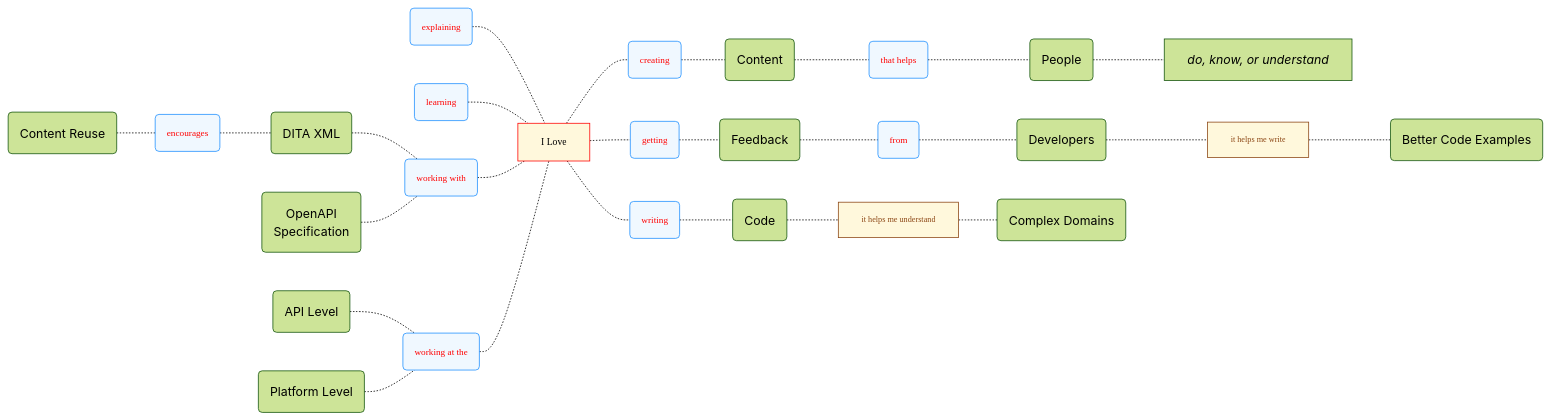
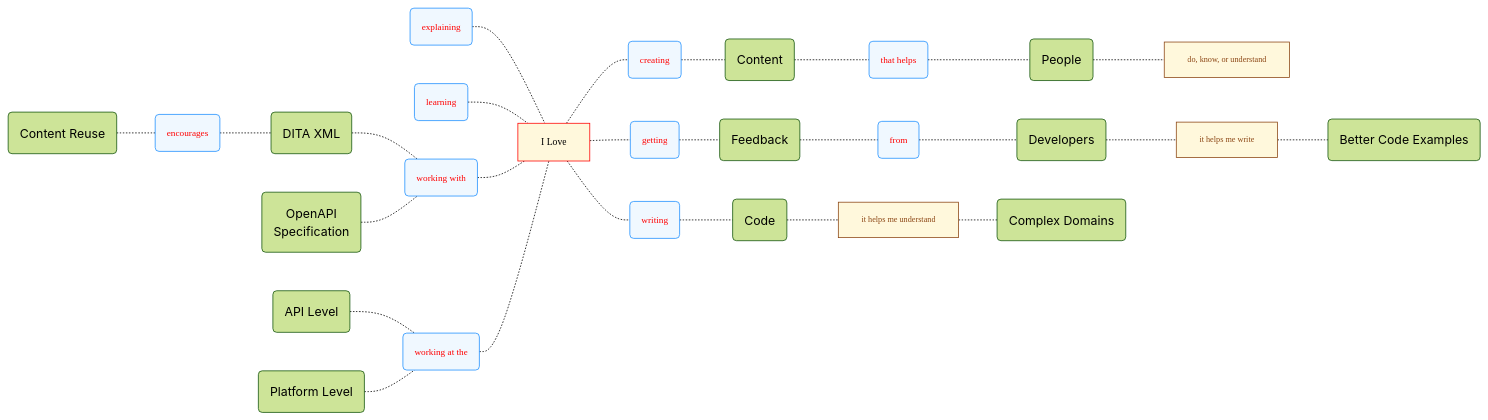
One commit to joe-dorward/samples changed the first of 2 diagrams in overview.md. Above: the diagram before and after it, drawn with Mermaid. The commit also changed other lines of this file, not shown here.

````diff
--- a/overview.md
+++ b/overview.md
@@ -1,80 +1,80 @@
 ```mermaid
 %%{init: { "theme":"forest"} }%%
 flowchart LR
   classDef Compact font-family:verdana, font-size:7.5pt, text-align:left;
   classDef Variables fill:white, stroke:white, font-family:courier new, font-size:10pt;
   classDef Object fill:white, stroke:white, font-family:verdana, font-size:9pt;
 
   classDef Start fill:cornsilk, stroke:red, font-family:verdana, font-size:9.5pt;
 
   classDef Verb fill:aliceblue, color:red, stroke:dodgerblue, font-family:verdana, font-size:9pt;
 
 I_LOVE["I Love"]:::Start
 
 CODE("Code")
 DITA_XML("DITA XML")
 BETTER_CODE_EXAMPLES("Better Code Examples")
 CONTENT("Content")
 CONTENT_REUSE("Content Reuse")
 DEVELOPERS("Developers")
 FEEDBACK("Feedback")
 OPEN_API_SPECIFICATION("OpenAPI<br/>Specification")
 PEOPLE("People")
 PLATFORM_LEVEL("Platform Level")
 API_LEVEL("API Level")
 
-DO_KNOW_UNDERSTAND["`*do, know, or understand*`"]
-style DO_KNOW_UNDERSTAND text-align:left
+
 
 COMPLEX_DOMAINS("Complex Domains")
 %% DOING ==========
 
 CREATING("creating")
 ENCOURAGES("encourages")
 EXPLAINING("explaining")
 GETTING("getting")
 FROM("from")
 LEARNING("learning")
 WORKING_AT_THE("working at the")
 WORKING_WITH("working with")
 WRITING("writing")
 
 THAT_HELPS("that helps")
 
 class CREATING,ENCOURAGES,EXPLAINING,GETTING,FROM,LEARNING,WORKING_AT_THE,WORKING_WITH,WRITING,THAT_HELPS Verb;
 
 
 
 %% NOTES ==========
 classDef Note fill:cornsilk, stroke:saddlebrown, color:saddlebrown, font-family:verdana, font-size:8pt, text-align:left;
 
-UNDERSTAND["it helps me understand"]
+DO_KNOW_UNDERSTAND["do, know, or understand"]
+HELPS_ME_UNDERSTAND["it helps me understand"]
 
 HELPS_ME_WRITE[it helps me write]
 
 
-class UNDERSTAND,HELPS_ME_WRITE Note;
+class DO_KNOW_UNDERSTAND,HELPS_ME_UNDERSTAND,HELPS_ME_WRITE Note;
 %% CONNECTING ==========
 
 EXPLAINING-.-I_LOVE
 LEARNING-.-I_LOVE
 
 CONTENT_REUSE-.-
 ENCOURAGES-.-
 DITA_XML-.-WORKING_WITH
 
 OPEN_API_SPECIFICATION-.-
 WORKING_WITH-.-I_LOVE
 
 API_LEVEL-.-WORKING_AT_THE
 PLATFORM_LEVEL-.-WORKING_AT_THE-.-I_LOVE
 
 I_LOVE-.-CREATING-.-CONTENT-.-THAT_HELPS-.-PEOPLE-.-DO_KNOW_UNDERSTAND
 
-I_LOVE-.-WRITING-.-CODE-.-UNDERSTAND-.-COMPLEX_DOMAINS
+I_LOVE-.-WRITING-.-CODE-.-HELPS_ME_UNDERSTAND-.-COMPLEX_DOMAINS
 
 I_LOVE-.-GETTING-.-FEEDBACK-.-FROM-.-DEVELOPERS-.-HELPS_ME_WRITE-.-BETTER_CODE_EXAMPLES
 
 
 
 ```
````
